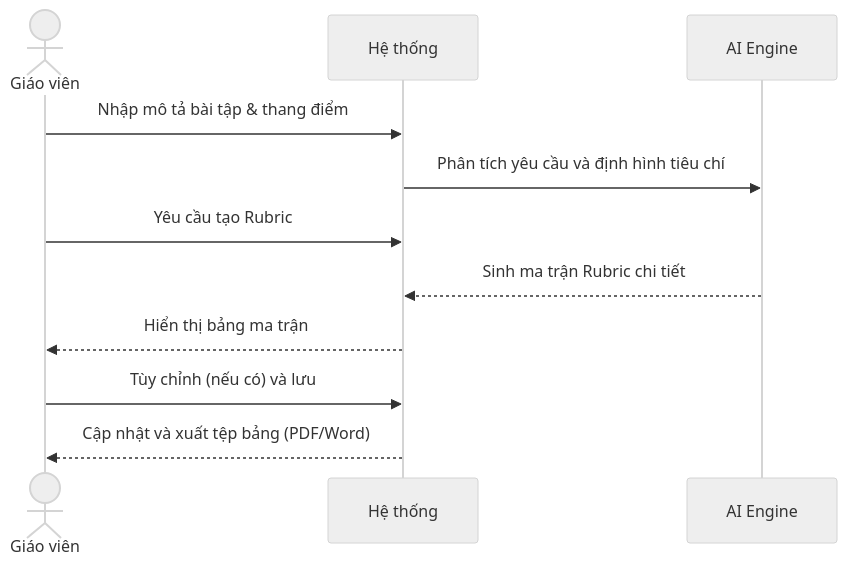
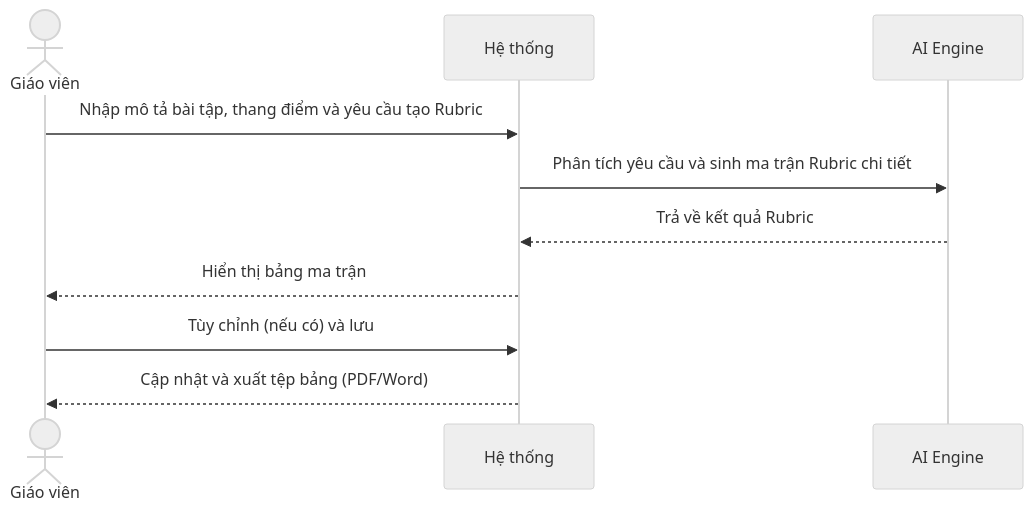
Before and after one commit to Cong-ty-TNNH-Q-Tech/Q-School: the first of 4 diagrams in docs/usecase/nhom_2_assessment_feedback.md, drawn with Mermaid (neutral theme). The commit also changed other lines of this file and 4 other files, not shown here.

Commit message:
docs(usecase): standardize all tables and sequence diagrams, fix temporal logic and AI roles

````diff
--- a/docs/usecase/nhom_2_assessment_feedback.md
+++ b/docs/usecase/nhom_2_assessment_feedback.md
@@ -22,14 +21,13 @@
 ```mermaid
 sequenceDiagram
     actor GV as Giáo viên
     participant HT as Hệ thống
     participant AI as AI Engine
 
-    GV->>HT: Nhập mô tả bài tập & thang điểm
-    HT->>AI: Phân tích yêu cầu và định hình tiêu chí
-    GV->>HT: Yêu cầu tạo Rubric
-    AI-->>HT: Sinh ma trận Rubric chi tiết
+    GV->>HT: Nhập mô tả bài tập, thang điểm và yêu cầu tạo Rubric
+    HT->>AI: Phân tích yêu cầu và sinh ma trận Rubric chi tiết
+    AI-->>HT: Trả về kết quả Rubric
     HT-->>GV: Hiển thị bảng ma trận
     GV->>HT: Tùy chỉnh (nếu có) và lưu
     HT-->>GV: Cập nhật và xuất tệp bảng (PDF/Word)
 ```
````
